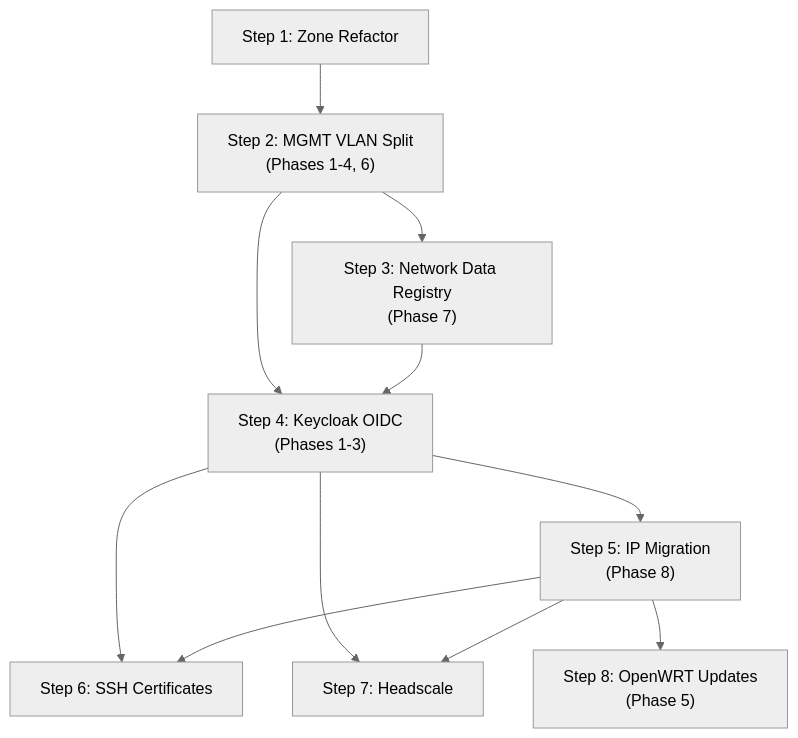
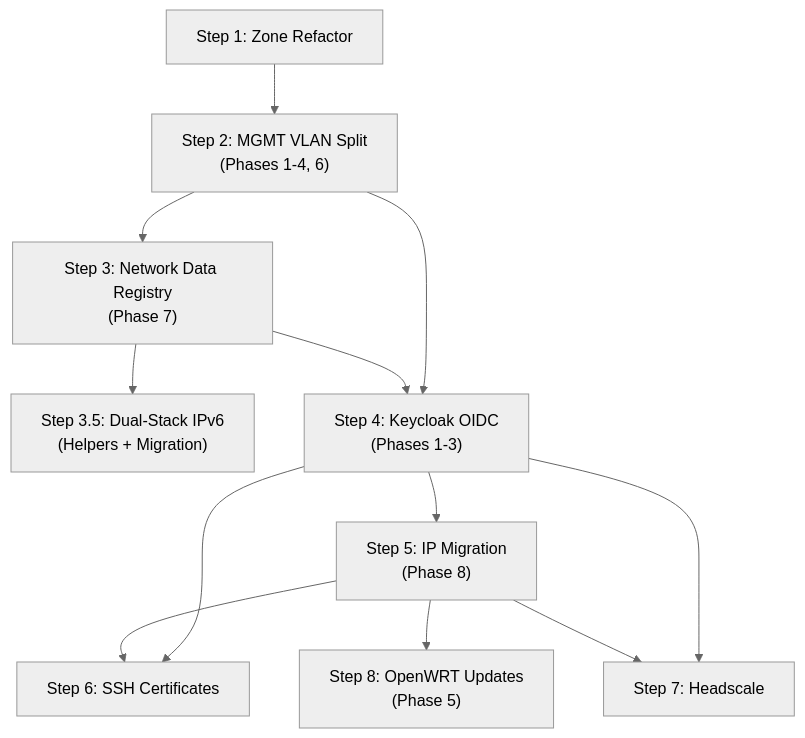
The diagram in llm-notes/feature-roadmap-analysis.md (mutantmell/dotfiles), drawn with Mermaid (neutral theme) before and after one commit. The commit also changed other lines of this file and 19 other files, not shown here.

````diff
--- a/llm-notes/feature-roadmap-analysis.md
+++ b/llm-notes/feature-roadmap-analysis.md
@@ -60,22 +60,24 @@
 ```mermaid
 flowchart TD
     ZR["Step 1: Zone Refactor"]
     VLAN["Step 2: MGMT VLAN Split\n(Phases 1-4, 6)"]
     REG["Step 3: Network Data Registry\n(Phase 7)"]
+    DS["Step 3.5: Dual-Stack IPv6\n(Helpers + Migration)"]
     KC["Step 4: Keycloak OIDC\n(Phases 1-3)"]
     IP["Step 5: IP Migration\n(Phase 8)"]
     SSH["Step 6: SSH Certificates"]
     HS["Step 7: Headscale"]
     OW["Step 8: OpenWRT Updates\n(Phase 5)"]
 
     ZR --> VLAN
     VLAN --> REG
+    REG --> DS
     VLAN --> KC
     REG --> KC
     KC --> IP
     KC --> SSH
     KC --> HS
     IP --> SSH
     IP --> HS
     IP --> OW
 ```
````
